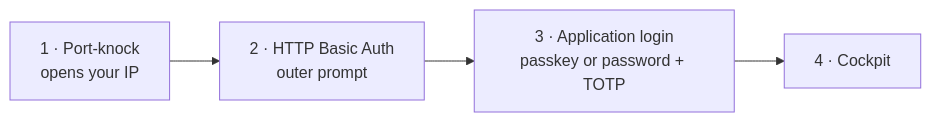
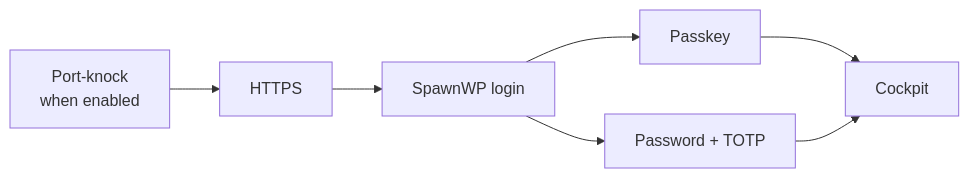
Before and after one commit to tts-empire/spawnwp: the diagram in docs/accessing-the-cockpit.md, drawn with Mermaid. The commit also changed other lines of this file and 45 other files, not shown here.

````diff
--- a/docs/accessing-the-cockpit.md
+++ b/docs/accessing-the-cockpit.md
@@ -6,4 +8,9 @@
 ```mermaid
 flowchart LR
-    A[1 · Port-knock<br/>opens your IP] --> B[2 · HTTP Basic Auth<br/>outer prompt] --> C[3 · Application login<br/>passkey or password + TOTP] --> D[4 · Cockpit]
+    A[Port-knock<br/>when enabled] --> B[HTTPS]
+    B --> C[SpawnWP login]
+    C --> D[Passkey]
+    C --> E[Password + TOTP]
+    D --> F[Cockpit]
+    E --> F
 ```
````
